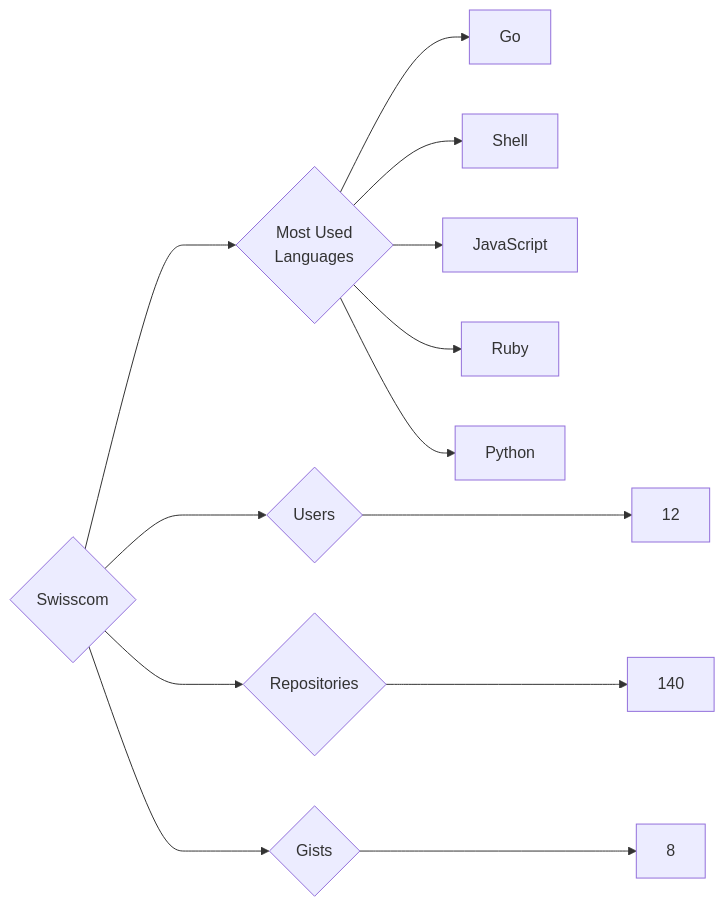
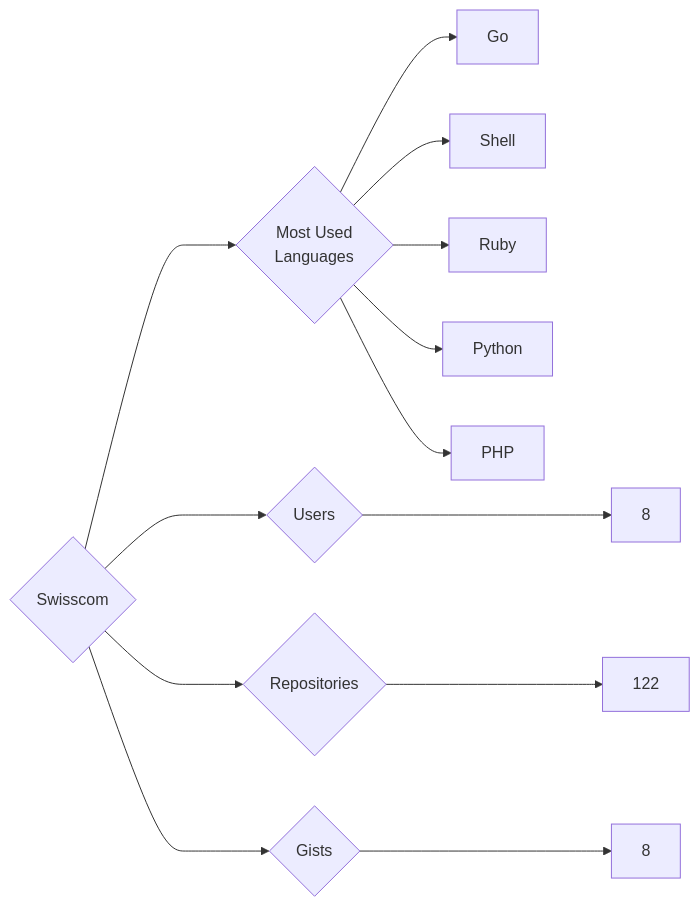
One commit to trickest/insiders changed the diagram in targets/Swisscom/README.md. Above: the diagram before and after it, drawn with Mermaid. The commit also changed 1508 other files, not shown here.

````diff
--- a/targets/Swisscom/README.md
+++ b/targets/Swisscom/README.md
@@ -3,13 +3,13 @@
 ```mermaid
 graph LR
 COMPANY_NAME{Swisscom}
-COMPANY_NAME ---> U{Users} ---> UN[12]
-COMPANY_NAME ---> R{Repositories} ---> RN[140]
+COMPANY_NAME ---> U{Users} ---> UN[8]
+COMPANY_NAME ---> R{Repositories} ---> RN[122]
 COMPANY_NAME ---> G{Gists} ---> GN[8]
 COMPANY_NAME ---> ML{Most Used<br>Languages}
 ML --> Go[Go]
 ML --> Shell[Shell]
-ML --> JavaScript[JavaScript]
 ML --> Ruby[Ruby]
 ML --> Python[Python]
+ML --> PHP[PHP]
 ```
````
